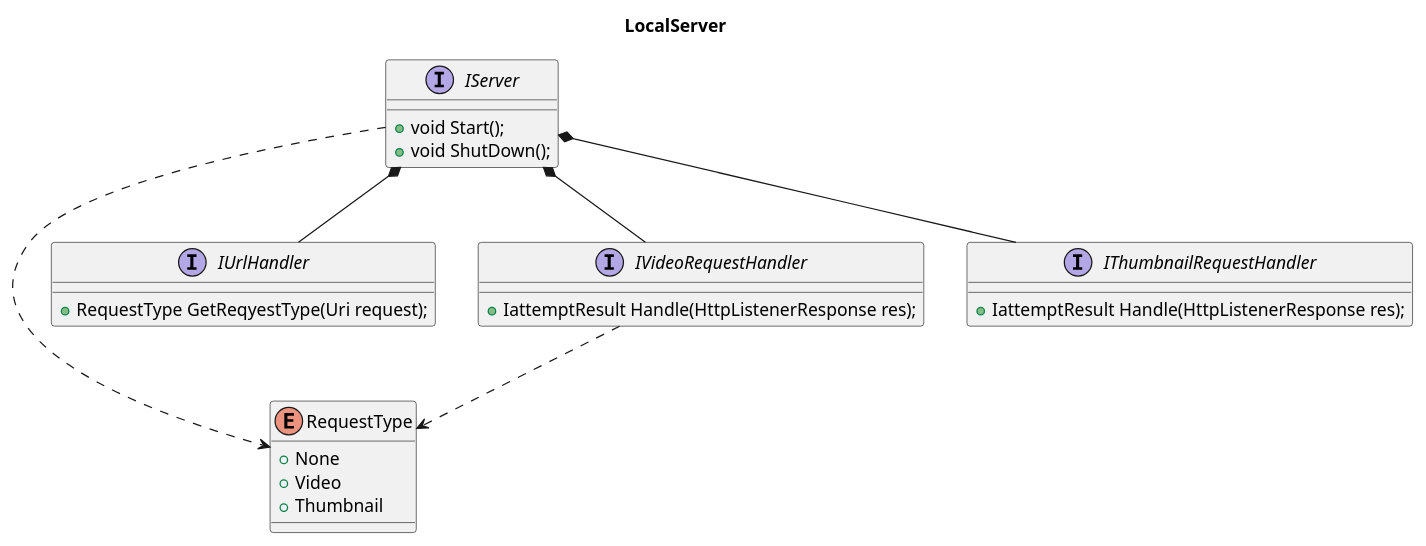
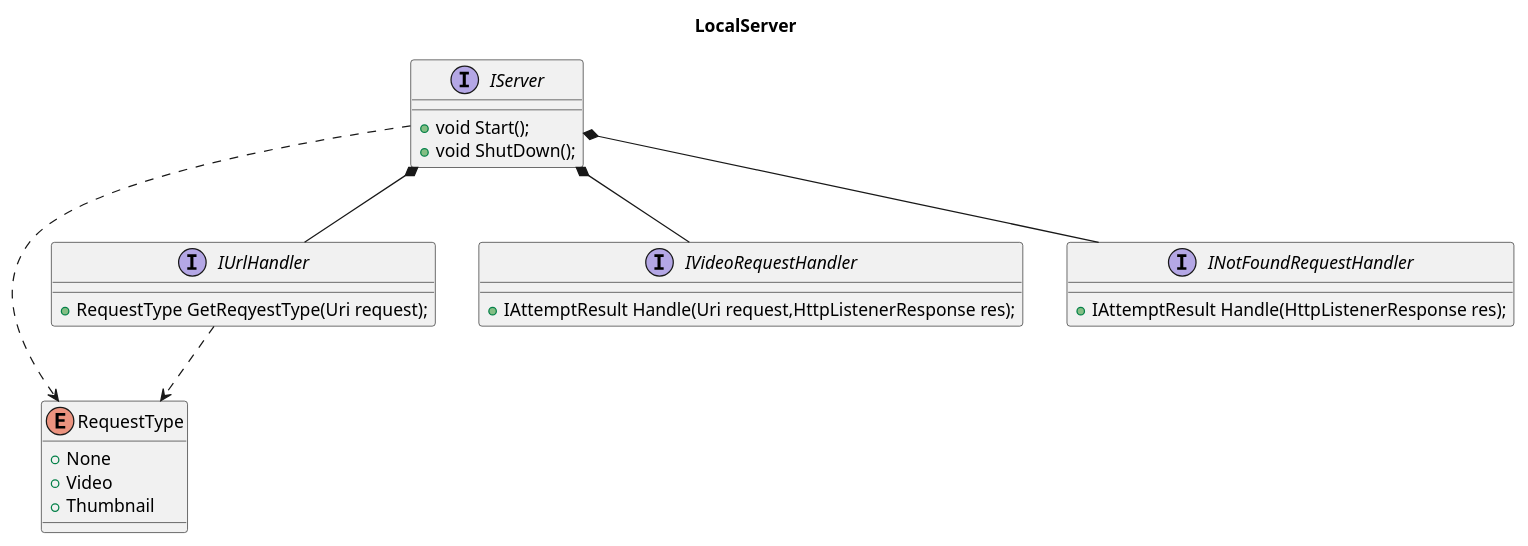
One commit to Hayao-H/Niconicome changed the diagram in Niconicome/Design/LocalServer/LocalServer.pu. Above: the diagram before and after it, drawn with PlantUML. The commit also changed 2 other files, not shown here.

```diff
--- a/Niconicome/Design/LocalServer/LocalServer.pu
+++ b/Niconicome/Design/LocalServer/LocalServer.pu
@@ -1,34 +1,34 @@
 @startuml LocalServer
 
 title LocalServer
 
 enum RequestType {
     + None
     + Video
     + Thumbnail
 }
 
 interface IServer {
     + void Start();
     + void ShutDown();
 }
 
 interface IUrlHandler {
     + RequestType GetReqyestType(Uri request);
 }
 
 interface IVideoRequestHandler {
-    + IattemptResult Handle(HttpListenerResponse res);
+    + IAttemptResult Handle(Uri request,HttpListenerResponse res);
 }
 
-interface IThumbnailRequestHandler {
-    + IattemptResult Handle(HttpListenerResponse res);
+interface INotFoundRequestHandler {
+    + IAttemptResult Handle(HttpListenerResponse res);
 }
 
 IServer *-- IUrlHandler
 IServer *-- IVideoRequestHandler
-IServer *-- IThumbnailRequestHandler
+IServer *-- INotFoundRequestHandler
 IServer ..> RequestType
-IVideoRequestHandler ..> RequestType
+IUrlHandler ..> RequestType
 
 @enduml
```
